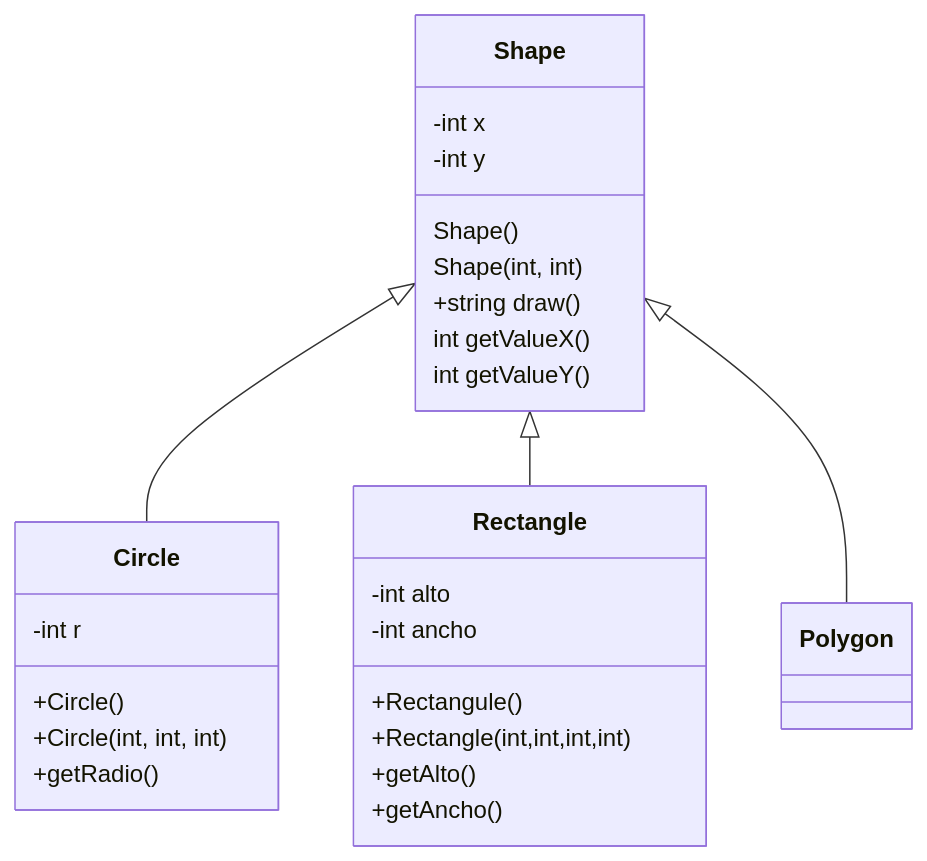
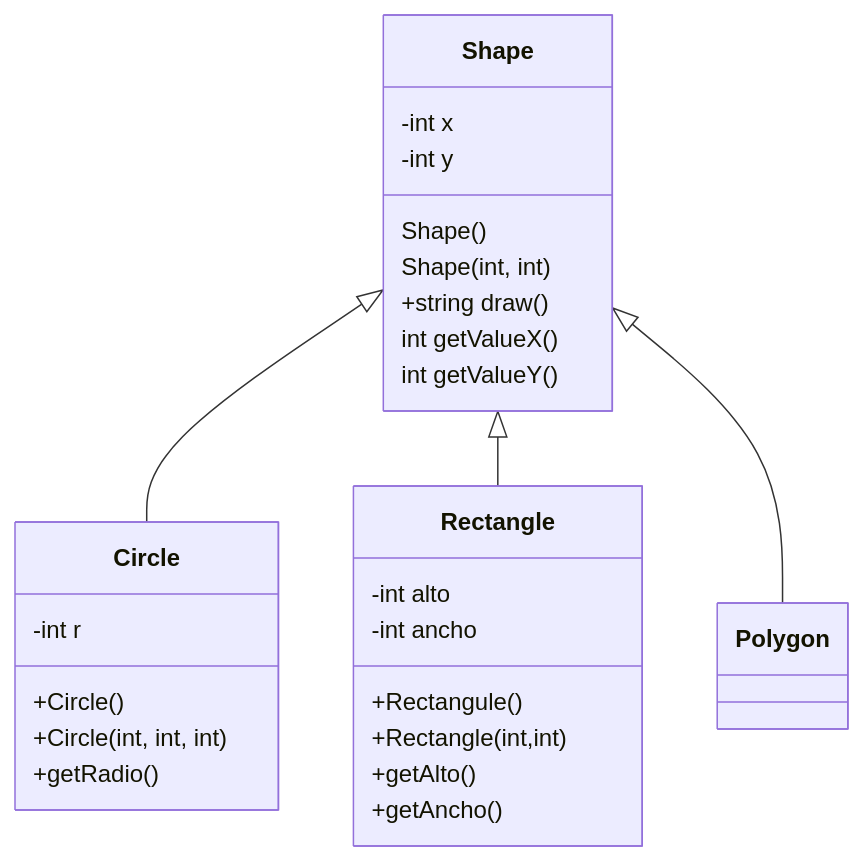
One commit to oznerx/TC1030.cpp.herencia changed the first of 2 diagrams in assignments/01-ShapeCircleRectanglePolygon/README.md. Above: the diagram before and after it, drawn with Mermaid.

````diff
--- a/assignments/01-ShapeCircleRectanglePolygon/README.md
+++ b/assignments/01-ShapeCircleRectanglePolygon/README.md
@@ -5,31 +5,31 @@
 ```mermaid
 classDiagram
       Shape <|-- Circle
       Shape <|-- Rectangle
       Shape <|-- Polygon
       Shape:-int x
       Shape:-int y
       Shape:Shape()
       Shape:Shape(int, int)
       Shape:+string draw()
       Shape:int getValueX()
       Shape:int getValueY()
       class Circle {
         -int r
         +Circle()
         +Circle(int, int, int)
         +getRadio()
       }
       class Rectangle {  
             -int alto
             -int ancho
             +Rectangule()
-            +Rectangle(int,int,int,int)
+            +Rectangle(int,int)
             +getAlto()
             +getAncho()      
       }
       class Polygon {
       }
         
 
 ```
````
